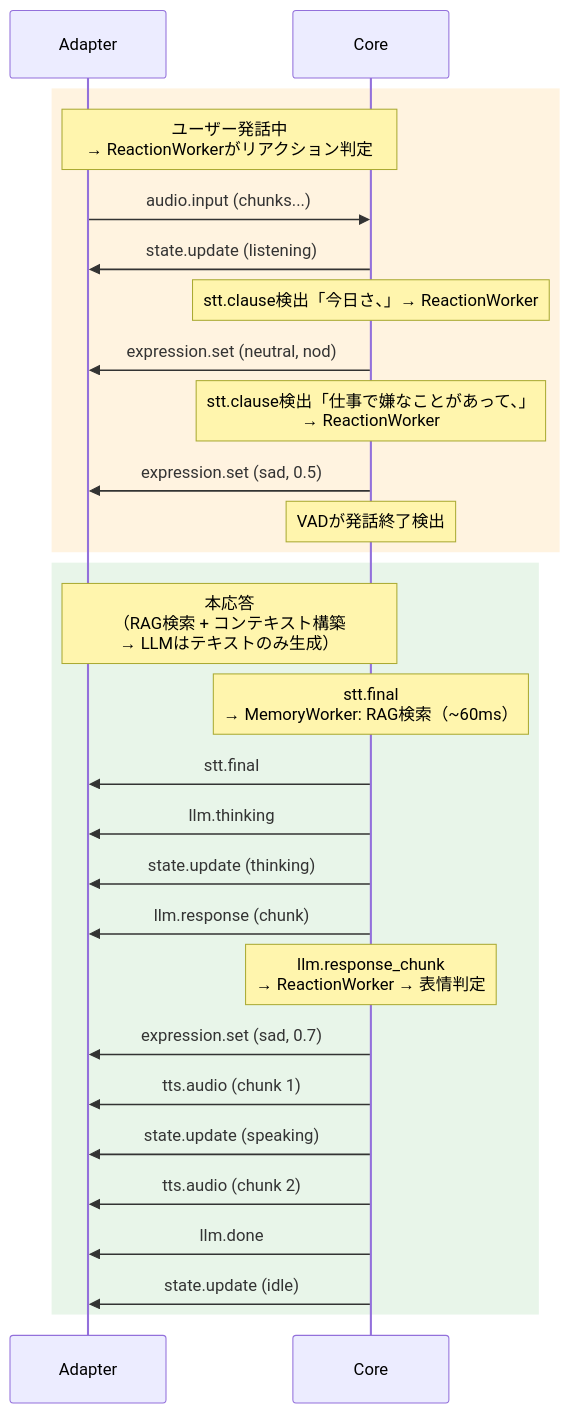
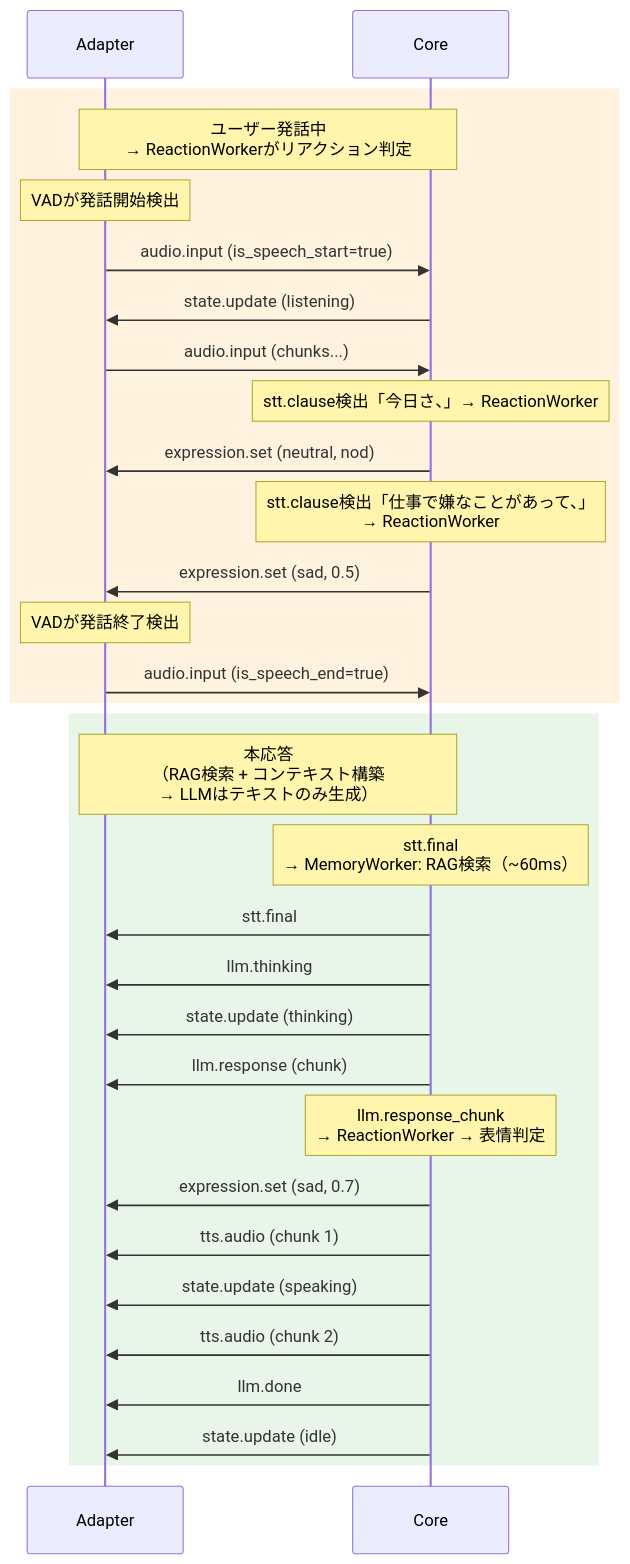
The second of 3 diagrams in docs/protocol.md (miumo6329/ai-avatar-framework), drawn with Mermaid before and after one commit. The commit also changed other lines of this file and 4 other files, not shown here.

````diff
--- a/docs/protocol.md
+++ b/docs/protocol.md
@@ -344,32 +353,35 @@
 ```mermaid
 sequenceDiagram
   participant Adapter
   participant Core
 
   rect rgb(255, 243, 224)
     Note over Adapter, Core: ユーザー発話中 <br/>→ ReactionWorkerがリアクション判定
+    Note over Adapter: VADが発話開始検出
+    Adapter->>Core: audio.input (is_speech_start=true)
+    Core->>Adapter: state.update (listening)
     Adapter->>Core: audio.input (chunks...)
-    Core->>Adapter: state.update (listening)
     Note over Core: stt.clause検出「今日さ、」→ ReactionWorker
     Core->>Adapter: expression.set (neutral, nod)
     Note over Core: stt.clause検出「仕事で嫌なことがあって、」<br/>→ ReactionWorker
     Core->>Adapter: expression.set (sad, 0.5)
-    Note over Core: VADが発話終了検出
+    Note over Adapter: VADが発話終了検出
+    Adapter->>Core: audio.input (is_speech_end=true)
   end
 
   rect rgb(232, 245, 233)
     Note over Adapter, Core: 本応答<br/>（RAG検索 + コンテキスト構築 <br/>→ LLMはテキストのみ生成）
     Note over Core: stt.final <br/>→ MemoryWorker: RAG検索（~60ms）
     Core->>Adapter: stt.final
     Core->>Adapter: llm.thinking
     Core->>Adapter: state.update (thinking)
     Core->>Adapter: llm.response (chunk)
     Note over Core: llm.response_chunk <br/>→ ReactionWorker → 表情判定
     Core->>Adapter: expression.set (sad, 0.7)
     Core->>Adapter: tts.audio (chunk 1)
     Core->>Adapter: state.update (speaking)
     Core->>Adapter: tts.audio (chunk 2)
     Core->>Adapter: llm.done
     Core->>Adapter: state.update (idle)
   end
 ```
````
